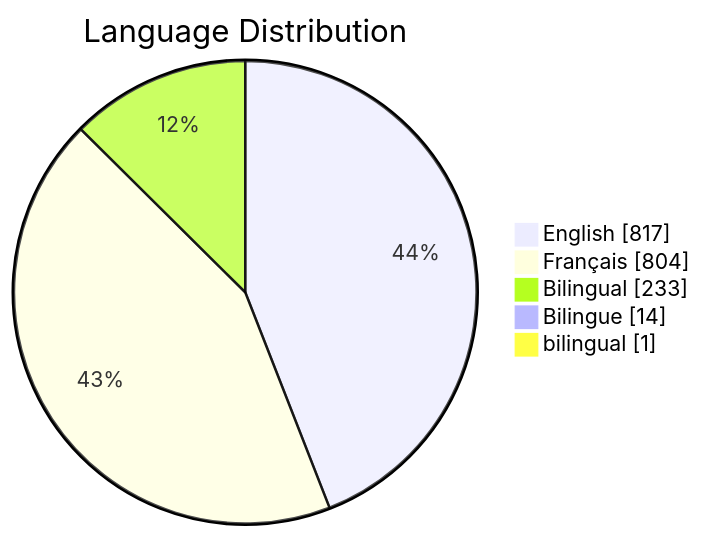
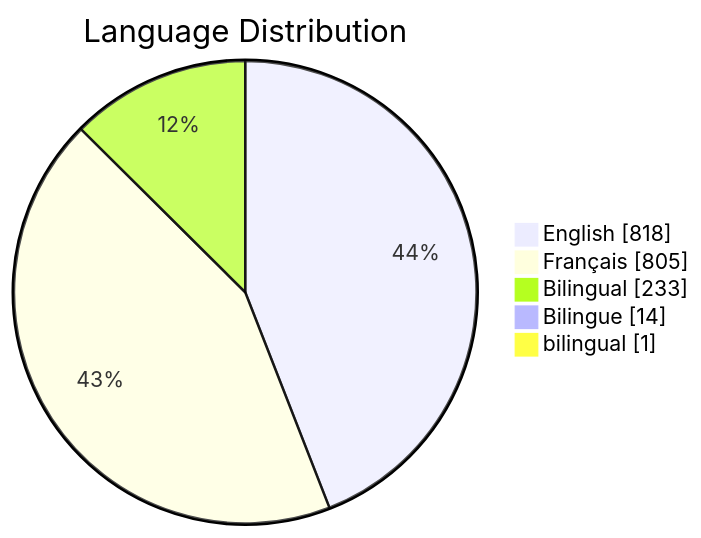
One commit to PatLittle/GC-Socials changed the fifth of 8 diagrams in README.md. Above: the diagram before and after it, drawn with Mermaid. The commit also changed other lines of this file, not shown here.

Commit message:
Update README with Platform Distribution pie chart

````diff
--- a/README.md
+++ b/README.md
@@ -164,8 +166,8 @@
 ```mermaid
 pie showData title Language Distribution
-    "English": 817
-    "Français": 804
+    "English": 818
+    "Français": 805
     "Bilingual": 233
     "Bilingue": 14
     "bilingual": 1
 ```
````
